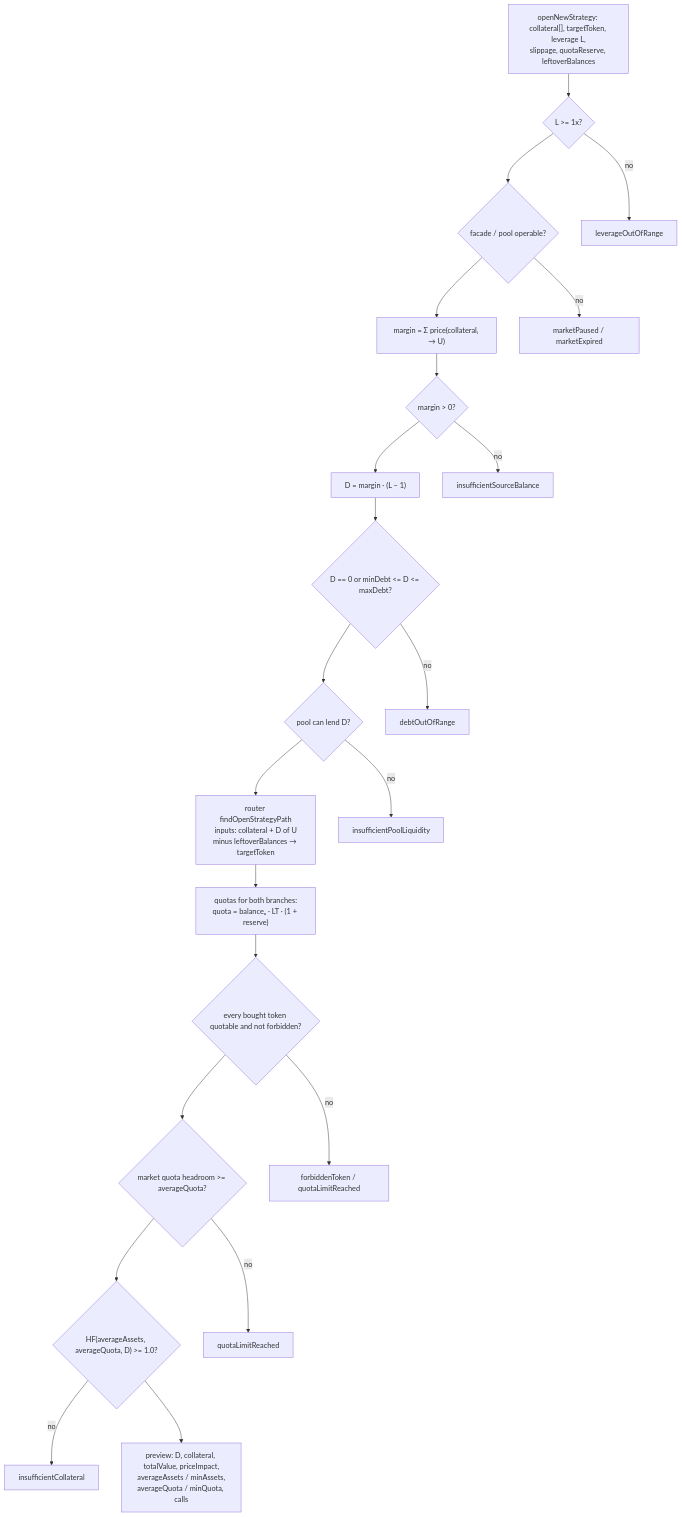
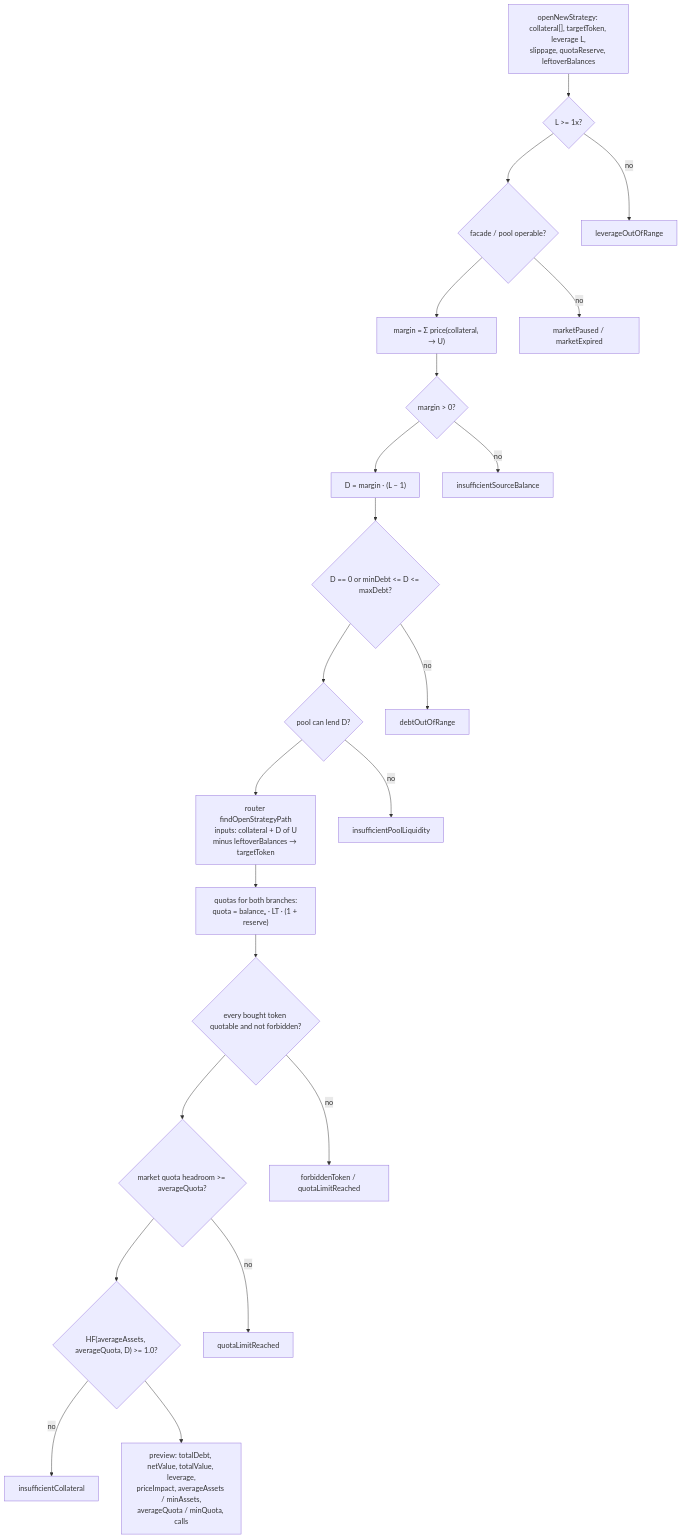
The first of 2 diagrams in docs/intents/open-strategy.md (Gearbox-protocol/sdk), drawn with Mermaid before and after one commit. The commit also changed other lines of this file and 68 other files, not shown here.

````diff
--- a/docs/intents/open-strategy.md
+++ b/docs/intents/open-strategy.md
@@ -25,35 +25,35 @@
 ```mermaid
 flowchart TD
   in["openNewStrategy: collateral[], targetToken, leverage L,<br/>slippage, quotaReserve, leftoverBalances"]
   lev{"L >= 1x?"}
   op{"facade / pool operable?"}
   m["margin = Σ price(collateralᵢ → U)"]
   mz{"margin > 0?"}
   d["D = margin · (L − 1)"]
   band{"D == 0 or minDebt <= D <= maxDebt?"}
   bor{"pool can lend D?"}
   route["router findOpenStrategyPath<br/>inputs: collateral + D of U<br/>minus leftoverBalances → targetToken"]
   q["quotas for both branches:<br/>quota = balanceᵤ · LT · (1 + reserve)"]
   grow{"every bought token quotable and not forbidden?"}
   head{"market quota headroom >= averageQuota?"}
   hf{"HF(averageAssets, averageQuota, D) >= 1.0?"}
-  out["preview: D, collateral, totalValue, priceImpact,<br/>averageAssets / minAssets,<br/>averageQuota / minQuota, calls"]
+  out["preview: totalDebt, netValue, totalValue, leverage,<br/>priceImpact, averageAssets / minAssets,<br/>averageQuota / minQuota, calls"]
 
   in --> lev
   lev -->|"no"| e1["leverageOutOfRange"]
   lev --> op
   op -->|"no"| e2["marketPaused / marketExpired"]
   op --> m --> mz
   mz -->|"no"| e3["insufficientSourceBalance"]
   mz --> d --> band
   band -->|"no"| e4["debtOutOfRange"]
   band --> bor
   bor -->|"no"| e5["insufficientPoolLiquidity"]
   bor --> route --> q --> grow
   grow -->|"no"| e6["forbiddenToken / quotaLimitReached"]
   grow --> head
   head -->|"no"| e7["quotaLimitReached"]
   head --> hf
   hf -->|"no"| e8["insufficientCollateral"]
   hf --> out
 ```
````
